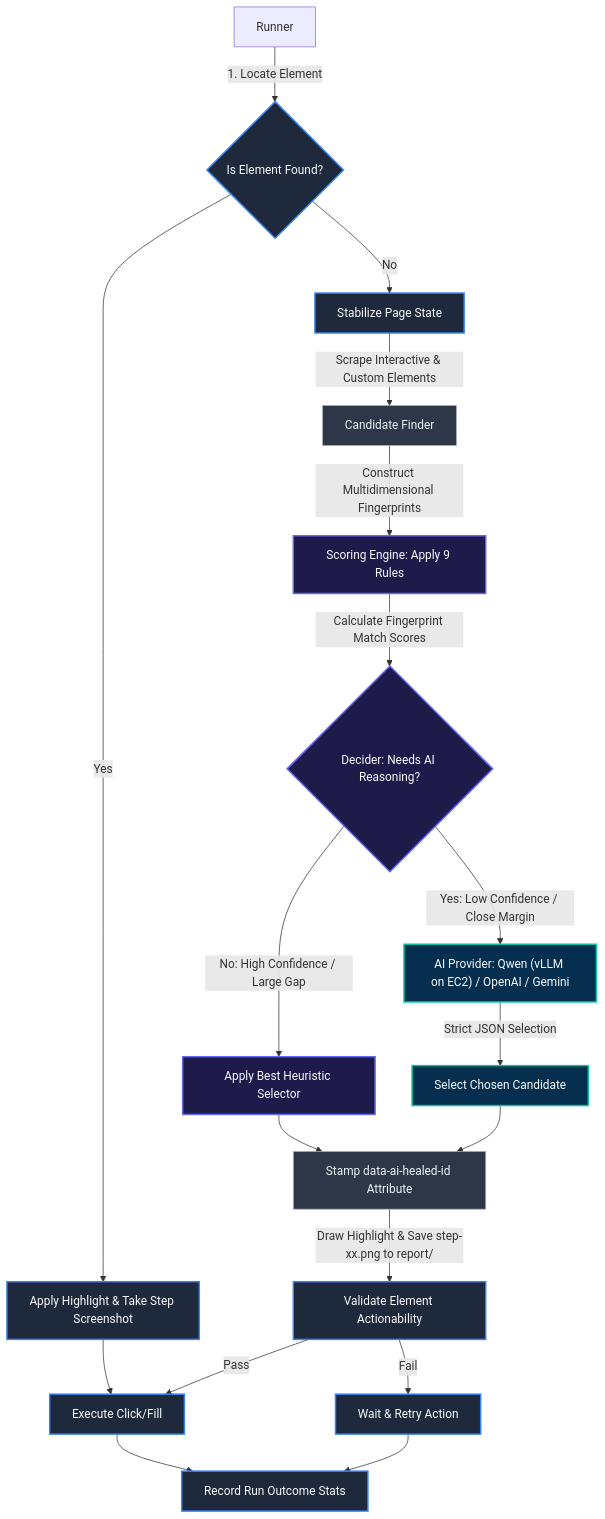
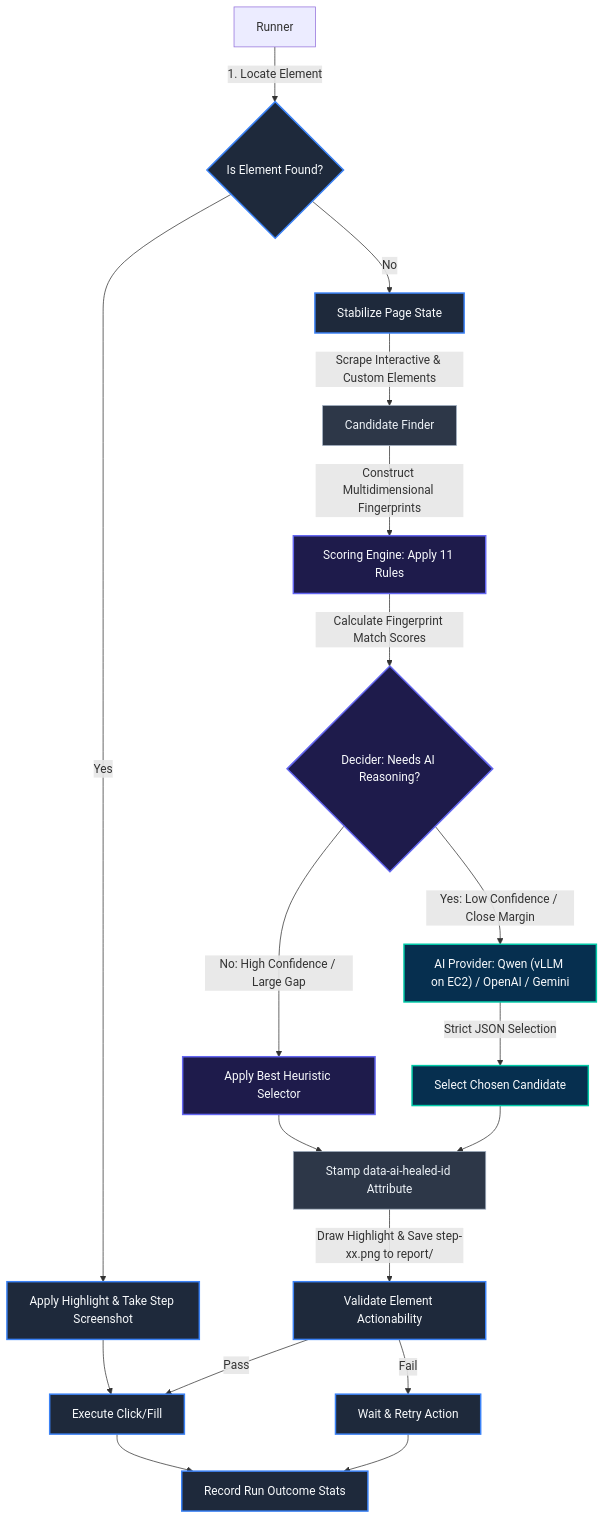
The first of 6 diagrams in docs/project-architecture.md (shambhoo-narwaria/reLOCATE.AI-Intelligent-Element-Recovery-Engine), drawn with Mermaid before and after one commit. The commit also changed other lines of this file and 39 other files, not shown here.

Commit message:
refactor: reorganize structure, align scoring rules documentation and update weights

````diff
--- a/docs/project-architecture.md
+++ b/docs/project-architecture.md
@@ -13,26 +13,26 @@
 ```mermaid
 graph TD
     %% Styling
     classDef runner fill:#1e293b,stroke:#3b82f6,stroke-width:2px,color:#f8fafc;
     classDef engine fill:#1e1b4b,stroke:#6366f1,stroke-width:2px,color:#f8fafc;
     classDef ai fill:#062f4f,stroke:#00c9a7,stroke-width:2px,color:#f8fafc;
     classDef browser fill:#2d3748,stroke:#a0aec0,stroke-width:1px,color:#edf2f7;
 
     A[Runner] -->|1. Locate Element| B{Is Element Found?}:::runner
     B -->|Yes| C[Apply Highlight & Take Step Screenshot]:::runner
     B -->|No| D[Stabilize Page State]:::runner
     D -->|Scrape Interactive & Custom Elements| E[Candidate Finder]:::browser
-    E -->|Construct Multidimensional Fingerprints| F[Scoring Engine: Apply 9 Rules]:::engine
+    E -->|Construct Multidimensional Fingerprints| F[Scoring Engine: Apply 11 Rules]:::engine
     F -->|Calculate Fingerprint Match Scores| G{Decider: Needs AI Reasoning?}:::engine
     G -->|No: High Confidence / Large Gap| H[Apply Best Heuristic Selector]:::engine
     G -->|Yes: Low Confidence / Close Margin| I["AI Provider: Qwen (vLLM on EC2) / OpenAI / Gemini"]:::ai
     I -->|Strict JSON Selection| J[Select Chosen Candidate]:::ai
     H --> K[Stamp data-ai-healed-id Attribute]:::browser
     J --> K
     K -->|Draw Highlight & Save step-xx.png to report/| L[Validate Element Actionability]:::runner
     C --> M[Execute Click/Fill]:::runner
     L -->|Pass| M
     L -->|Fail| N[Wait & Retry Action]:::runner
     M --> O[Record Run Outcome Stats]:::runner
     N --> O
 ```
````
